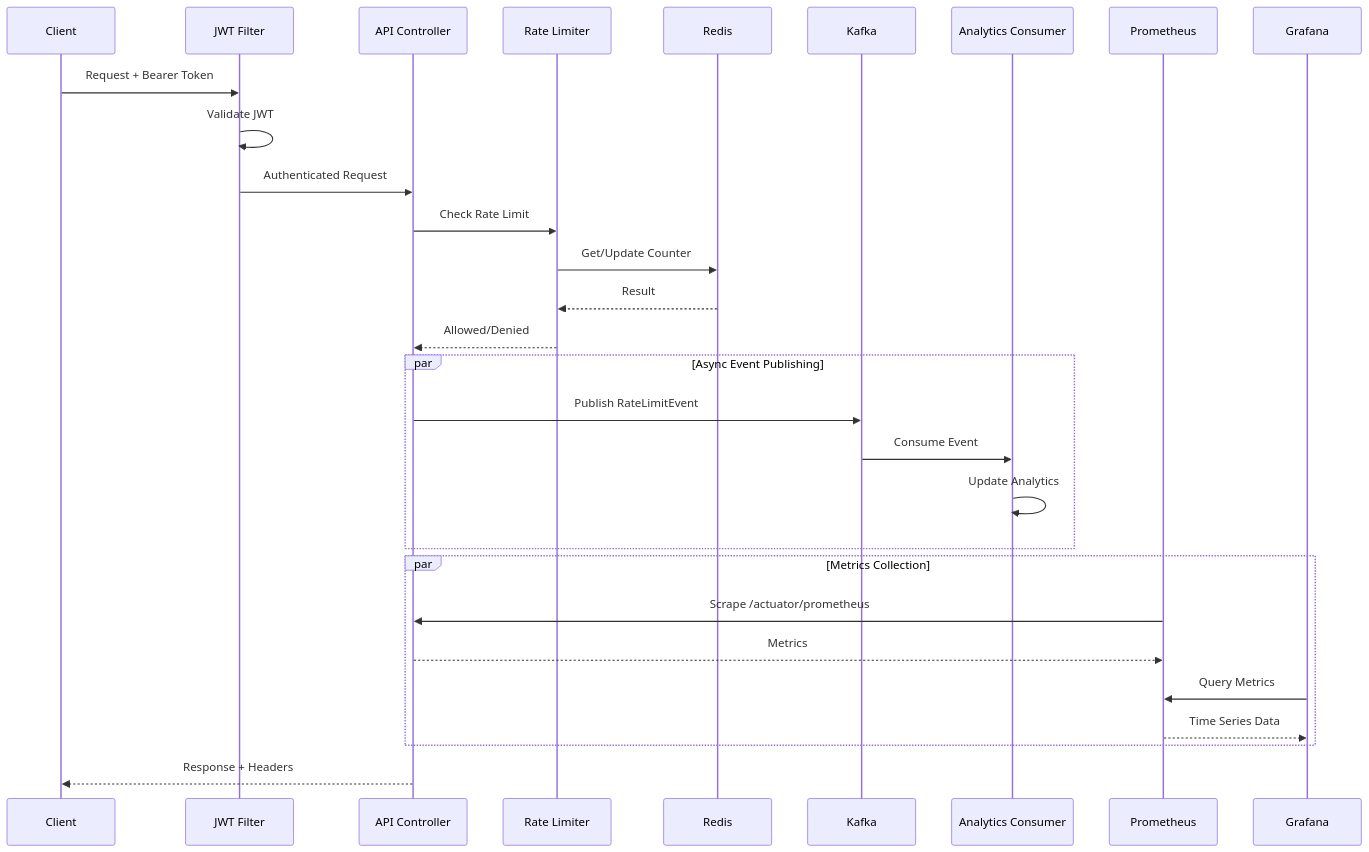
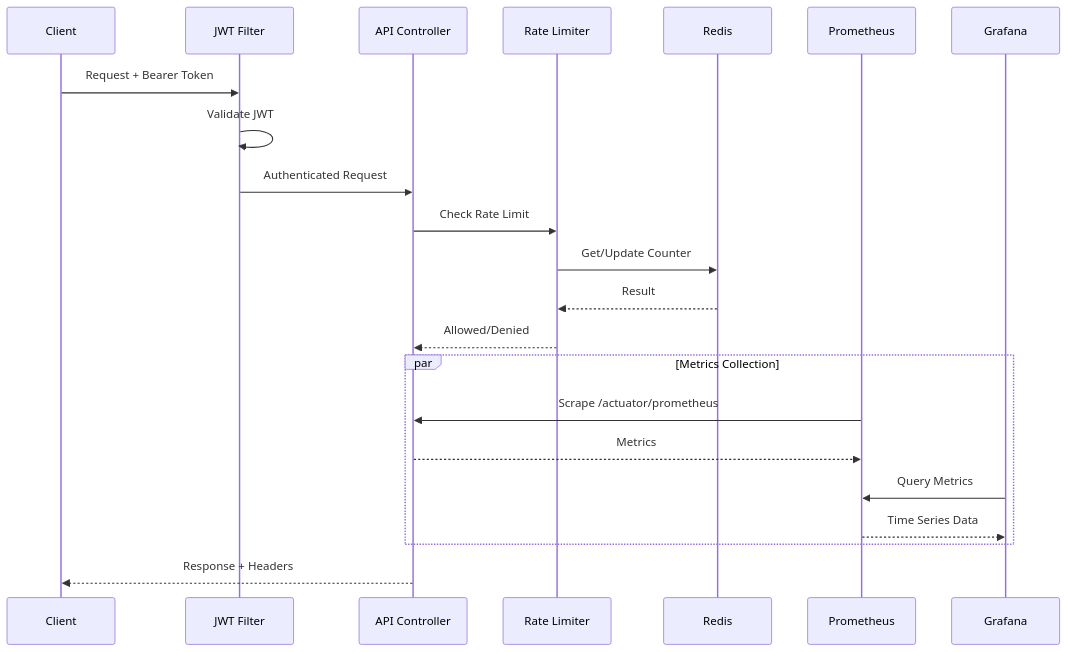
One commit to Rugved-142/RatelimitX changed the second of 3 diagrams in README.md. Above: the diagram before and after it, drawn with Mermaid. The commit also changed other lines of this file and 3 other files, not shown here.

````diff
--- a/README.md
+++ b/README.md
@@ -339,35 +168,27 @@
 ```mermaid
 sequenceDiagram
     participant C as Client
     participant J as JWT Filter
     participant API as API Controller
     participant RL as Rate Limiter
     participant Redis
-    participant K as Kafka
-    participant AC as Analytics Consumer
     participant P as Prometheus
     participant G as Grafana
 
     C->>J: Request + Bearer Token
     J->>J: Validate JWT
     J->>API: Authenticated Request
     API->>RL: Check Rate Limit
     RL->>Redis: Get/Update Counter
     Redis-->>RL: Result
     RL-->>API: Allowed/Denied
-    
-    par Async Event Publishing
-        API->>K: Publish RateLimitEvent
-        K->>AC: Consume Event
-        AC->>AC: Update Analytics
-    end
-    
+
     par Metrics Collection
         P->>API: Scrape /actuator/prometheus
         API-->>P: Metrics
         G->>P: Query Metrics
         P-->>G: Time Series Data
     end
-    
+
     API-->>C: Response + Headers
 ```
````
